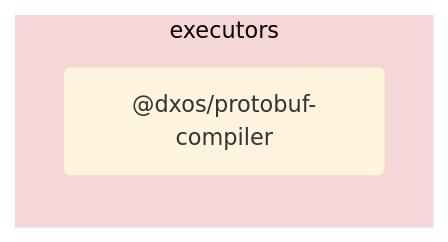
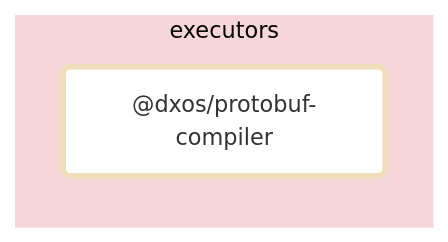
One commit to dxos/dxos changed the diagram in tools/executors/protobuf-compiler/docs/README.md. Above: the diagram before and after it, drawn with Mermaid (base theme). The commit also changed other lines of this file and 88 other files, not shown here.

````diff
--- a/tools/executors/protobuf-compiler/docs/README.md
+++ b/tools/executors/protobuf-compiler/docs/README.md
@@ -5,9 +7,12 @@
 ```mermaid
 flowchart LR;
+
+style dxos/protobuf-compiler fill:#fff,stroke-width:4px;
+
 
 subgraph executors
   style executors fill:#f5d6d9,stroke:#fff;
   dxos/protobuf-compiler("@dxos/protobuf-compiler");
 end
 
 ```
````
